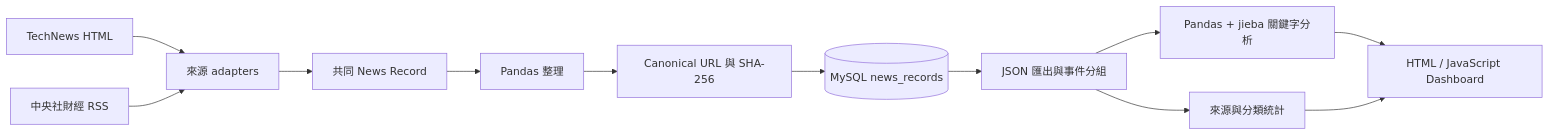
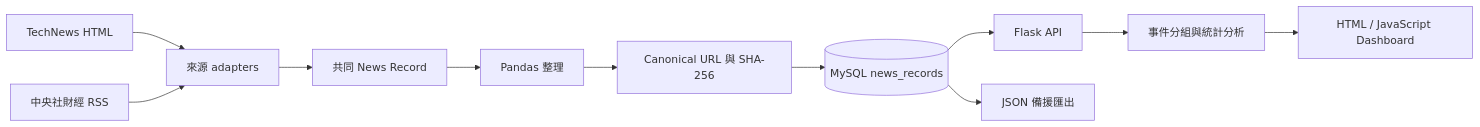
The diagram in README.md (OllieHu12304/Morning-Alpha), drawn with Mermaid before and after one commit. The commit also changed other lines of this file, not shown here.

````diff
--- a/README.md
+++ b/README.md
@@ -51,14 +54,13 @@
 ```mermaid
 flowchart LR
     A["TechNews HTML"] --> C["來源 adapters"]
     B["中央社財經 RSS"] --> C
     C --> D["共同 News Record"]
     D --> E["Pandas 整理"]
     E --> F["Canonical URL 與 SHA-256"]
     F --> G[("MySQL news_records")]
-    G --> H["JSON 匯出與事件分組"]
-    H --> I["Pandas + jieba 關鍵字分析"]
-    H --> J["來源與分類統計"]
-    I --> K["HTML / JavaScript Dashboard"]
-    J --> K
+    G --> H["Flask API"]
+    G --> I["JSON 備援匯出"]
+    H --> J["事件分組與統計分析"]
+    J --> K["HTML / JavaScript Dashboard"]
 ```
````
